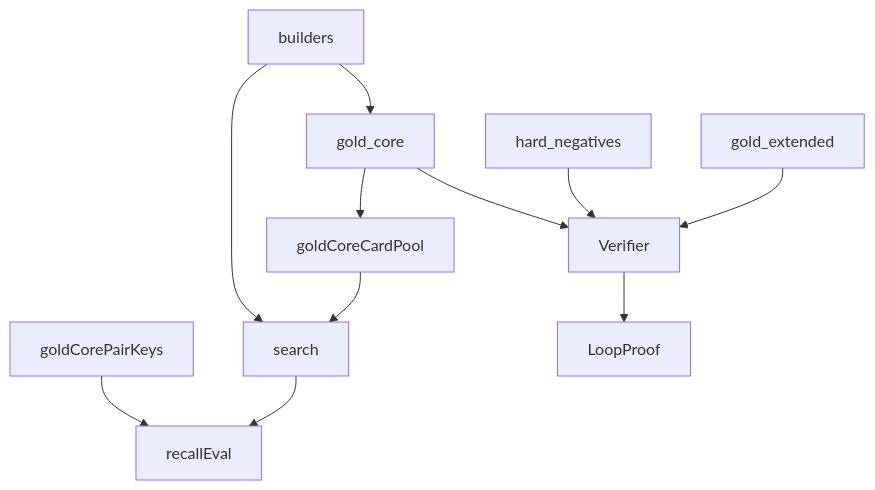
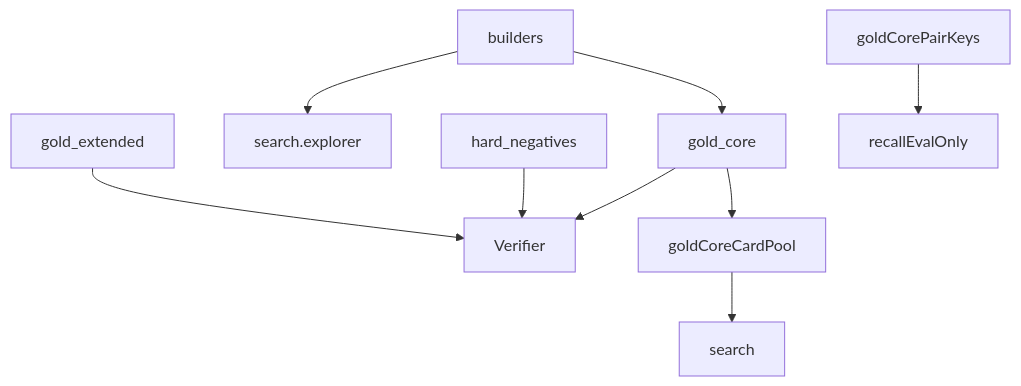
The diagram in src/mtg_loop_engine/corpus/README.md (witzbeck/mtg-loop-engine), drawn with Mermaid before and after one commit. The commit also changed other lines of this file and 65 other files, not shown here.

````diff
--- a/src/mtg_loop_engine/corpus/README.md
+++ b/src/mtg_loop_engine/corpus/README.md
@@ -9,13 +11,11 @@
 ```mermaid
 graph TB;
   builders[builders] --> goldCore[gold_core];
-  builders --> search[search];
+  builders --> explorer[search.explorer];
   goldCore --> verifier[Verifier];
   hardNeg[hard_negatives] --> verifier;
   goldExt[gold_extended] --> verifier;
   goldCore --> pool[goldCoreCardPool];
-  pool --> search;
-  goldKeys[goldCorePairKeys] --> recall[recallEval];
-  search --> recall;
-  verifier --> proofs[LoopProof];
+  pool --> search[search];
+  goldKeys[goldCorePairKeys] --> recall[recallEvalOnly];
 ```
````
